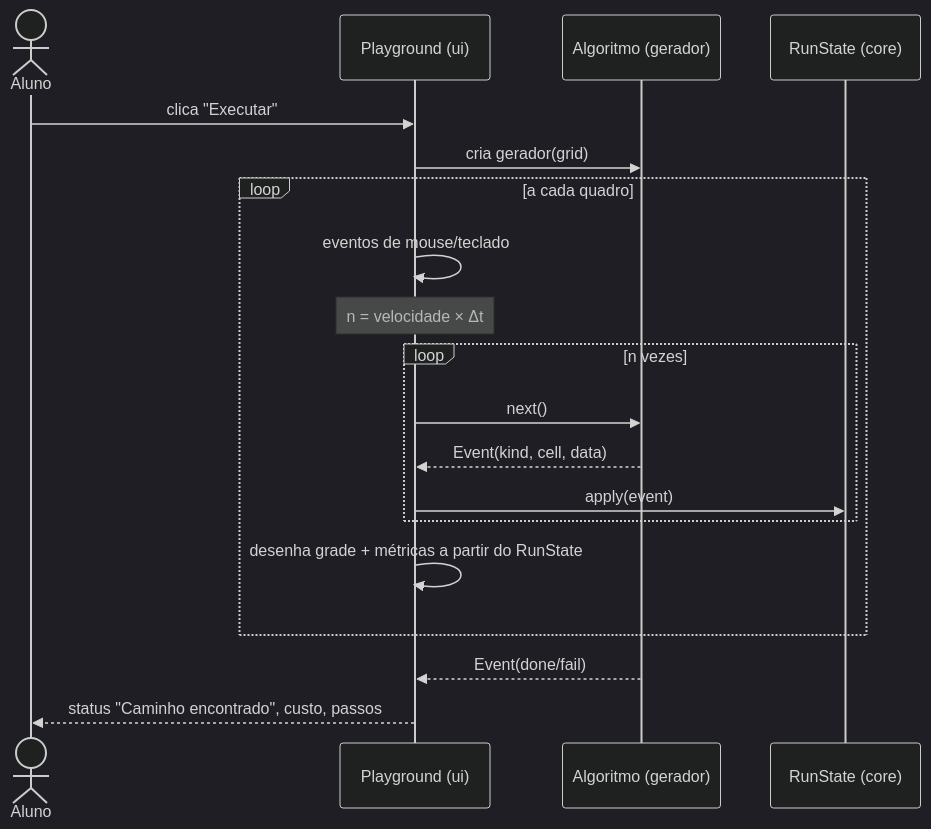
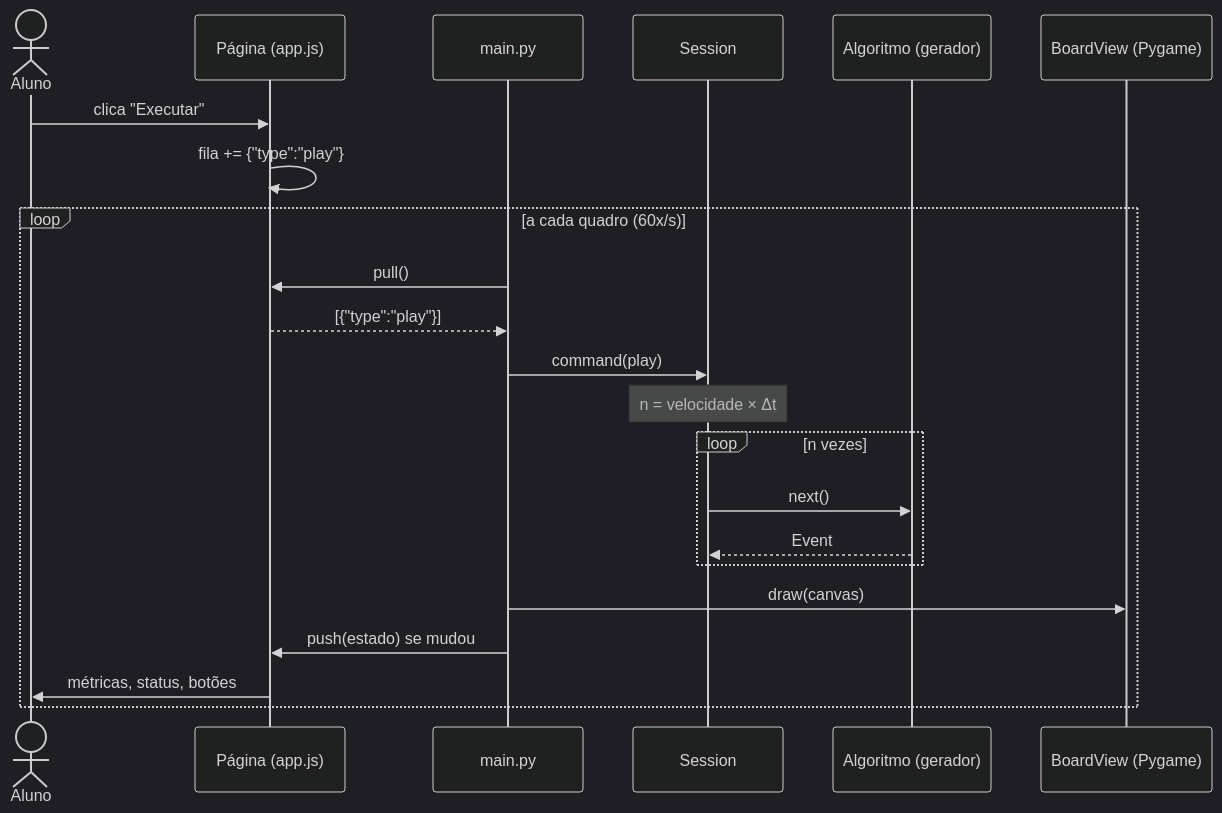
The sixth of 9 diagrams in docs/02-arquitetura.md (raffasrabelo/labirinto-playground), drawn with Mermaid (dark theme) before and after one commit. The commit also changed other lines of this file and 44 other files, not shown here.

````diff
--- a/docs/02-arquitetura.md
+++ b/docs/02-arquitetura.md
@@ -97,21 +293,24 @@
 ```mermaid
 sequenceDiagram
     actor U as Aluno
-    participant P as Playground (ui)
+    participant H as Página (app.js)
+    participant M as main.py
+    participant S as Session
     participant A as Algoritmo (gerador)
-    participant R as RunState (core)
-    U->>P: clica "Executar"
-    P->>A: cria gerador(grid)
-    loop a cada quadro
-        P->>P: eventos de mouse/teclado
-        Note over P: n = velocidade × Δt
+    participant B as BoardView (Pygame)
+    U->>H: clica "Executar"
+    H->>H: fila += {"type":"play"}
+    loop a cada quadro (60x/s)
+        M->>H: pull()
+        H-->>M: [{"type":"play"}]
+        M->>S: command(play)
+        Note over S: n = velocidade × Δt
         loop n vezes
-            P->>A: next()
-            A-->>P: Event(kind, cell, data)
-            P->>R: apply(event)
+            S->>A: next()
+            A-->>S: Event
         end
-        P->>P: desenha grade + métricas a partir do RunState
+        M->>B: draw(canvas)
+        M->>H: push(estado) se mudou
+        H->>U: métricas, status, botões
     end
-    A-->>P: Event(done/fail)
-    P-->>U: status "Caminho encontrado", custo, passos
 ```
````
